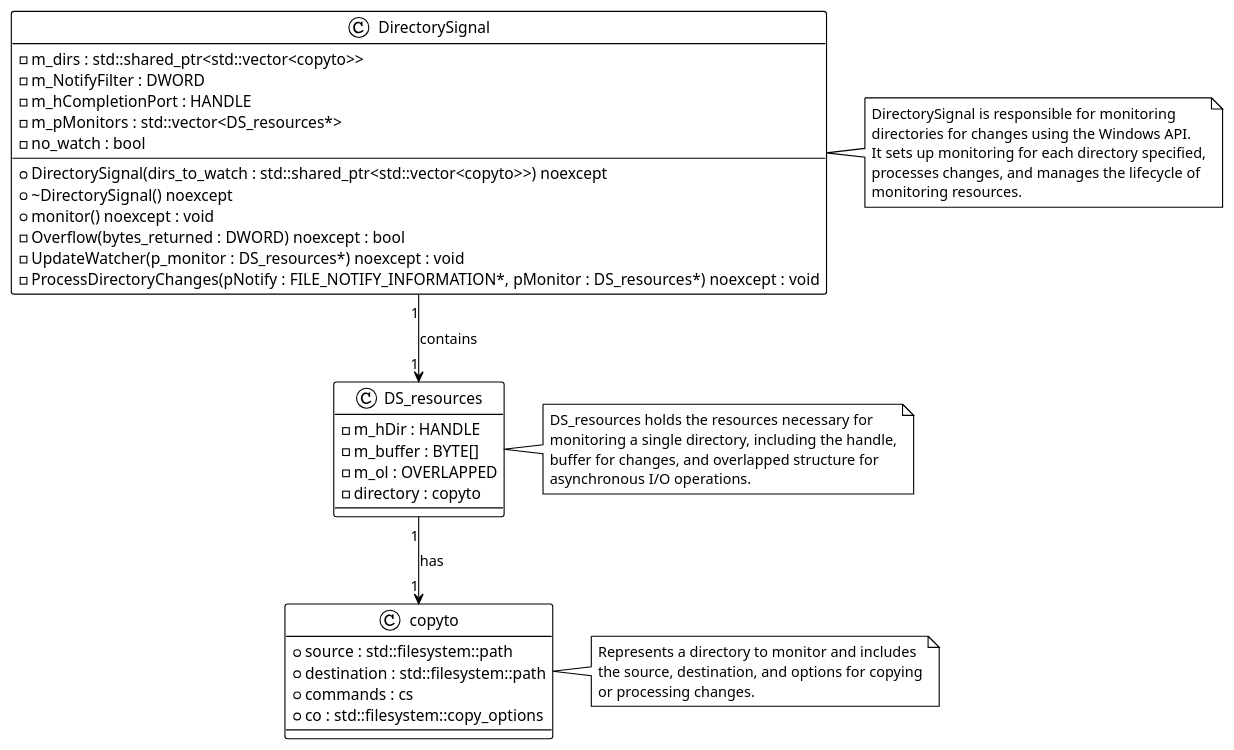
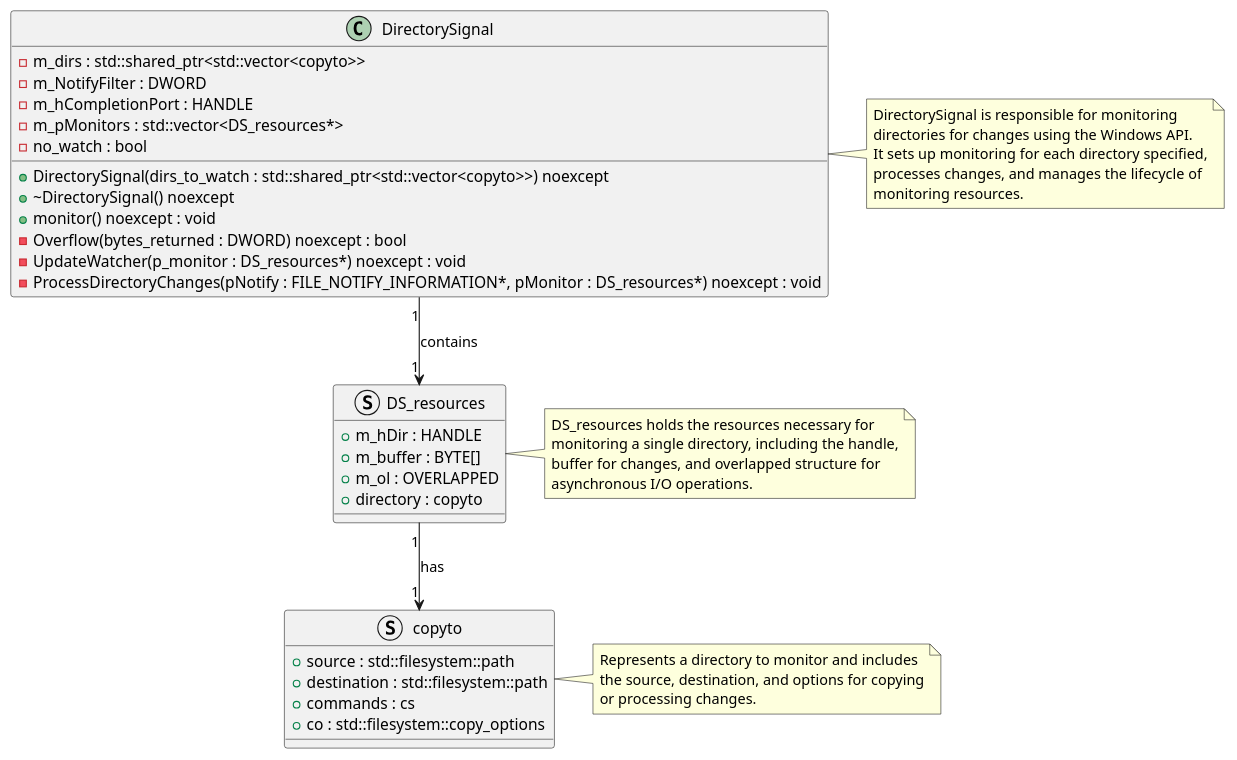
One commit to chriskish19/sfct changed the diagram in docs/uml_models/w32main_app/w32directorysignal/w32directorysignal_uml.puml. Above: the diagram before and after it, drawn with PlantUML. The commit also changed 10 other files, not shown here.

Commit message:
adding uml models

```diff
--- a/docs/uml_models/w32main_app/w32directorysignal/w32directorysignal_uml.puml
+++ b/docs/uml_models/w32main_app/w32directorysignal/w32directorysignal_uml.puml
@@ -1,57 +1,57 @@
 @startuml directorysignal
-!theme plain
+
 
 class DirectorySignal {
     -m_dirs : std::shared_ptr<std::vector<copyto>>
     -m_NotifyFilter : DWORD
     -m_hCompletionPort : HANDLE
     -m_pMonitors : std::vector<DS_resources*>
     -no_watch : bool
     +DirectorySignal(dirs_to_watch : std::shared_ptr<std::vector<copyto>>) noexcept
     +~DirectorySignal() noexcept
     +monitor() noexcept : void
     -Overflow(bytes_returned : DWORD) noexcept : bool
     -UpdateWatcher(p_monitor : DS_resources*) noexcept : void
     -ProcessDirectoryChanges(pNotify : FILE_NOTIFY_INFORMATION*, pMonitor : DS_resources*) noexcept : void
 }
 
-class DS_resources {
-    -m_hDir : HANDLE
-    -m_buffer : BYTE[]
-    -m_ol : OVERLAPPED
-    -directory : copyto
+struct DS_resources {
+    +m_hDir : HANDLE
+    +m_buffer : BYTE[]
+    +m_ol : OVERLAPPED
+    +directory : copyto
 }
 
-class copyto {
+struct copyto {
     +source : std::filesystem::path
     +destination : std::filesystem::path
     +commands : cs
     +co : std::filesystem::copy_options
 }
 
 DirectorySignal "1" --> "1" DS_resources : contains
 DS_resources "1" --> "1" copyto : has
 
 note right of DirectorySignal
   DirectorySignal is responsible for monitoring
   directories for changes using the Windows API.
   It sets up monitoring for each directory specified,
   processes changes, and manages the lifecycle of
   monitoring resources.
 end note
 
 note right of DS_resources
   DS_resources holds the resources necessary for
   monitoring a single directory, including the handle,
   buffer for changes, and overlapped structure for
   asynchronous I/O operations.
 end note
 
 note right of copyto
   Represents a directory to monitor and includes
   the source, destination, and options for copying
   or processing changes.
 end note
 
 
 @enduml
```
